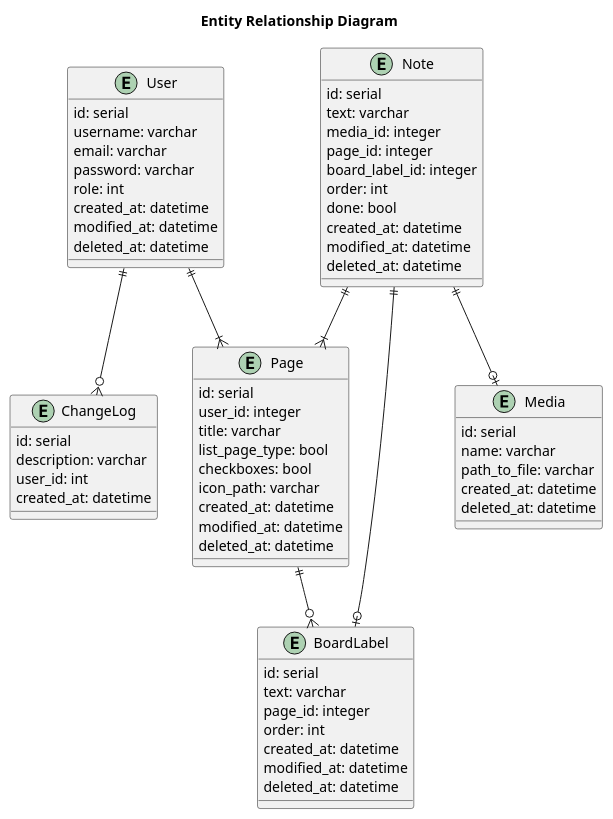
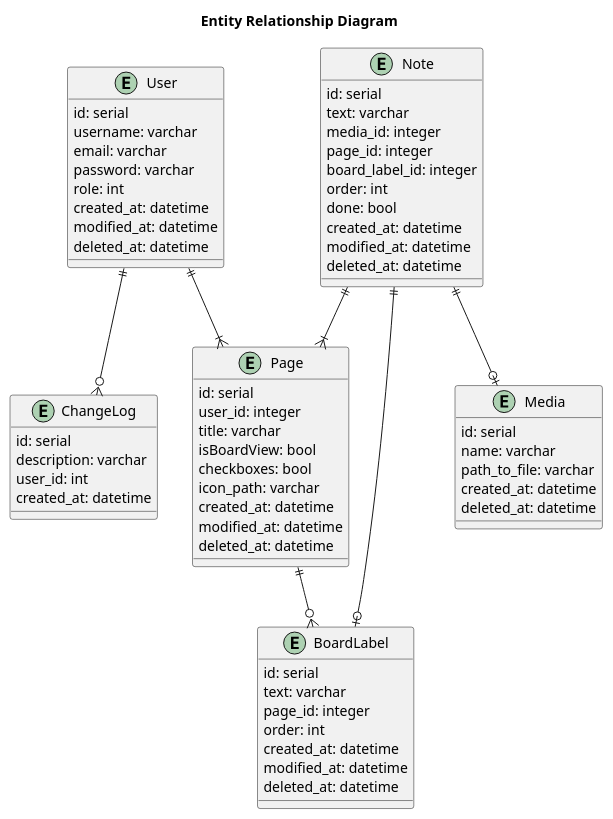
The diagram in preparation/notion.plantuml (KrystofDavidek/notion-app), drawn with PlantUML before and after one commit. The commit also changed 23 other files, not shown here.

```diff
--- a/preparation/notion.plantuml
+++ b/preparation/notion.plantuml
@@ -1,74 +1,74 @@
 @startuml
 
 title Entity Relationship Diagram
 
 entity User {
     id: serial
     username: varchar
     email: varchar
     password: varchar
     role: int
     created_at: datetime
     modified_at: datetime
     deleted_at: datetime
 }
 
 entity Page {
     id: serial
     user_id: integer
     title: varchar
-    list_page_type: bool
+    isBoardView: bool
     checkboxes: bool
     icon_path: varchar
     created_at: datetime
     modified_at: datetime
     deleted_at: datetime
 }
 
 entity BoardLabel {
     id: serial
     text: varchar
     page_id: integer
     order: int
     created_at: datetime
     modified_at: datetime
     deleted_at: datetime
 }
 
 entity Note {
     id: serial
     text: varchar
     media_id: integer
     page_id: integer
     board_label_id: integer
     order: int
     done: bool
     created_at: datetime
     modified_at: datetime
     deleted_at: datetime
 }
 
 
 entity Media {
     id: serial
     name: varchar
     path_to_file: varchar
     created_at: datetime
     deleted_at: datetime
 }
 
 entity ChangeLog{
     id: serial
     description: varchar
     user_id: int
     created_at: datetime
 }
 
 Page ||--o{ BoardLabel
 Note ||--o| BoardLabel
 Note ||--|{ Page
 Note ||--o| Media
 User ||--|{ Page
 User ||--o{ ChangeLog
 
 @enduml
```
